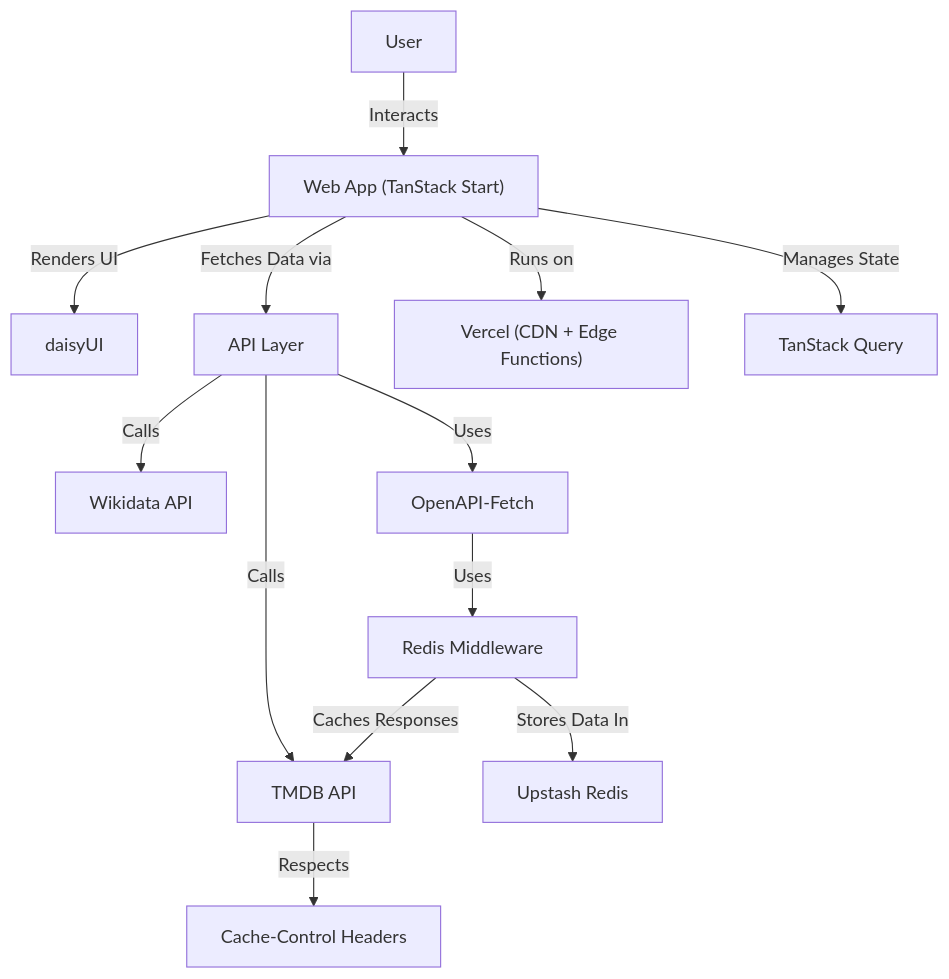
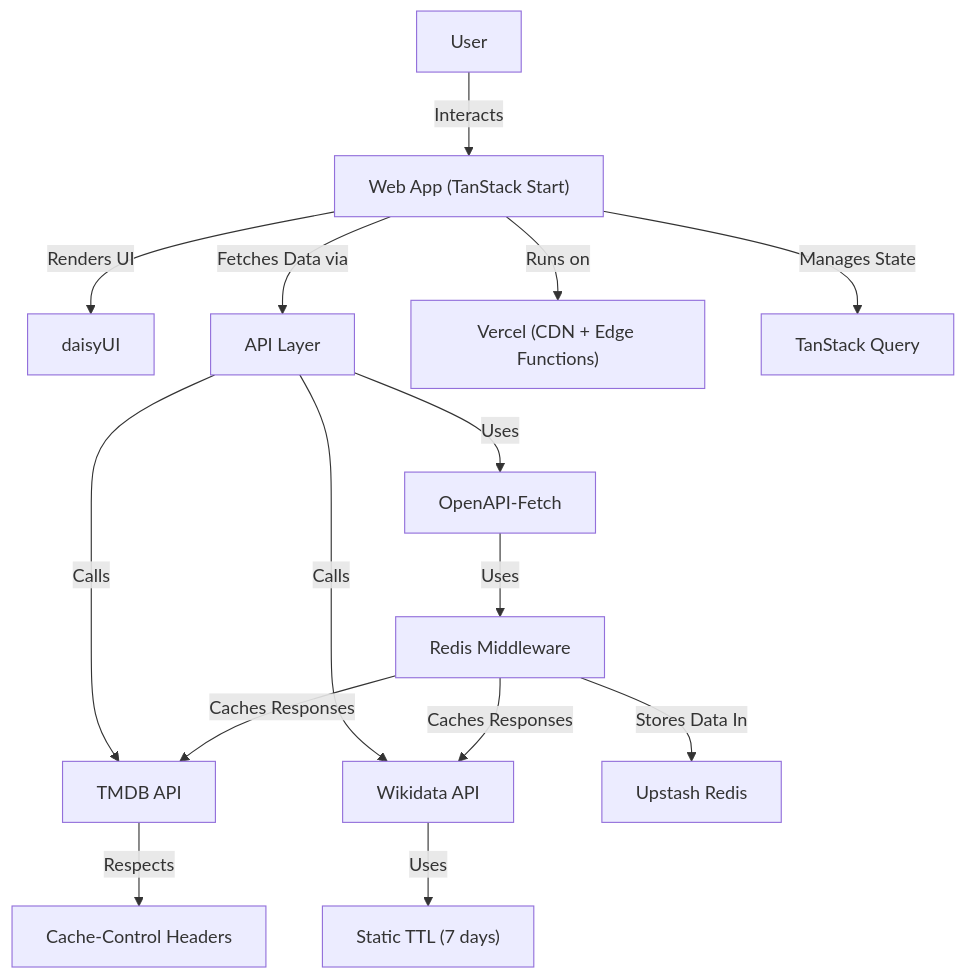
One commit to jimmy-guzman/popcorn.fyi changed the diagram in docs/architecture.md. Above: the diagram before and after it, drawn with Mermaid. The commit also changed other lines of this file and 3 other files, not shown here.

````diff
--- a/docs/architecture.md
+++ b/docs/architecture.md
@@ -3,15 +3,17 @@
 ```mermaid
 graph TD;
     A[User] -->|Interacts| B["Web App (TanStack Start)"]
     B -->|Renders UI| J["daisyUI"]
     B -->|Fetches Data via| C["API Layer"]
     C -->|Calls| D["TMDB API"]
     C -->|Calls| E["Wikidata API"]
     C -->|Uses| F["OpenAPI-Fetch"]
     F -->|Uses| N["Redis Middleware"]
     N -->|Caches Responses| D
+    N -->|Caches Responses| E
     N -->|Stores Data In| O["Upstash Redis"]
     D -->|Respects| M["Cache-Control Headers"]
+    E -->|Uses| P["Static TTL (7 days)"]
     B -->|Runs on| H["Vercel (CDN + Edge Functions)"]
     B -->|Manages State| I["TanStack Query"]
 ```
````
